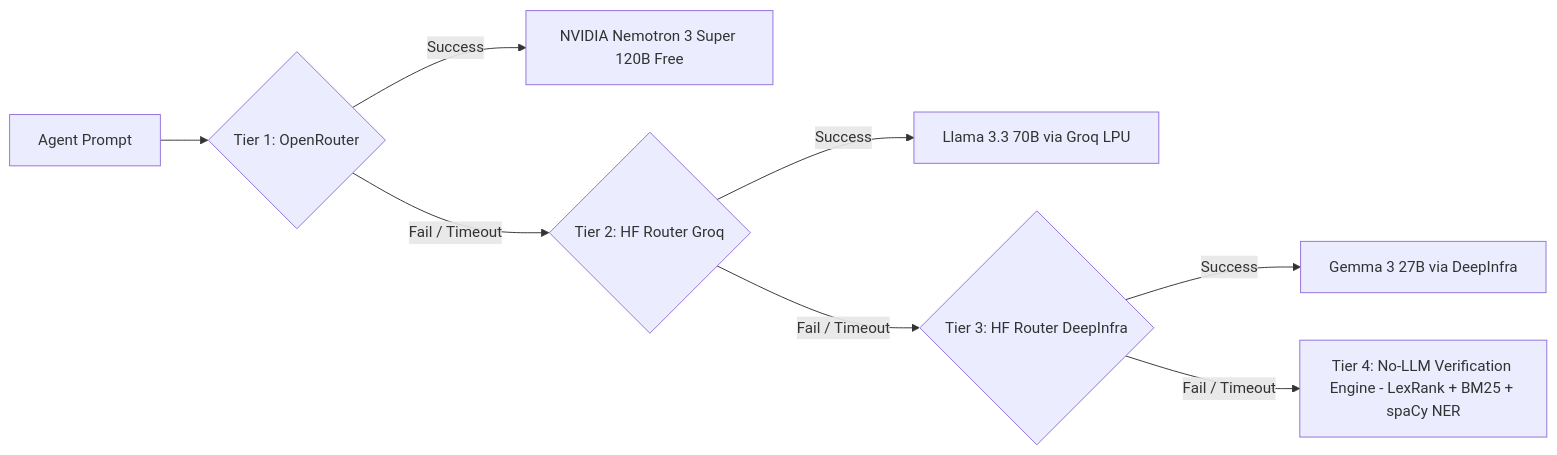
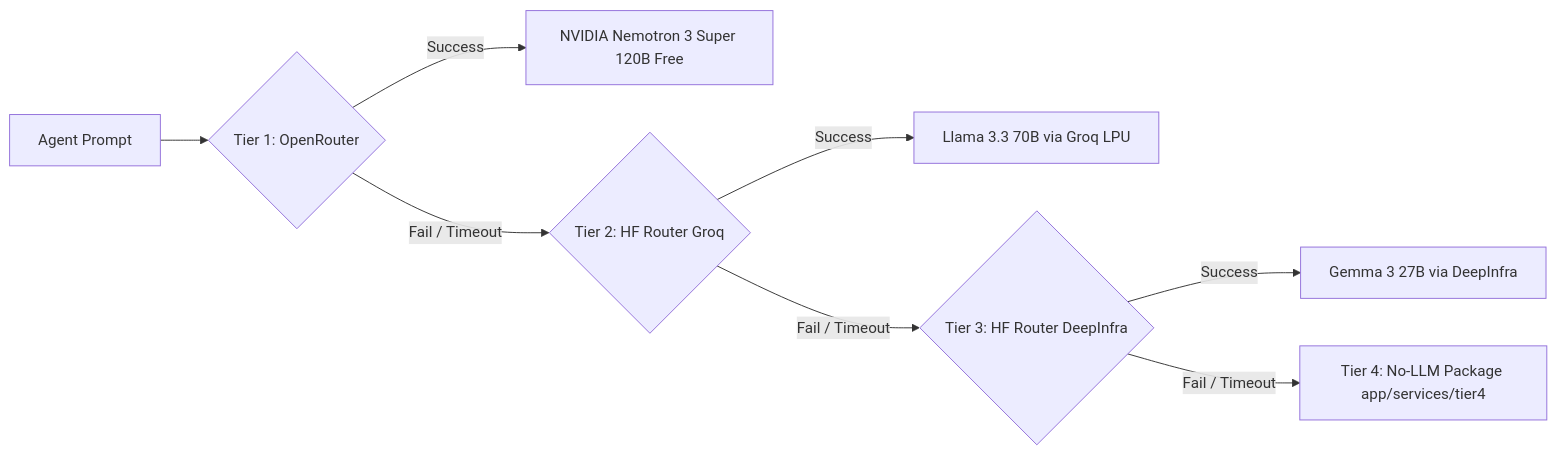
One commit to Nawaz-khan-droid/cawncade-ai changed the third of 3 diagrams in docs/ARCHITECTURE.md. Above: the diagram before and after it, drawn with Mermaid. The commit also changed other lines of this file and 9 other files, not shown here.

````diff
--- a/docs/ARCHITECTURE.md
+++ b/docs/ARCHITECTURE.md
@@ -359,10 +277,10 @@
 ```mermaid
 flowchart LR
     Request[Agent Prompt] --> Tier1{Tier 1: OpenRouter}
     Tier1 -->|Success| Nemotron[NVIDIA Nemotron 3 Super 120B Free]
     Tier1 -->|Fail / Timeout| Tier2{Tier 2: HF Router Groq}
     Tier2 -->|Success| GroqLlama[Llama 3.3 70B via Groq LPU]
     Tier2 -->|Fail / Timeout| Tier3{Tier 3: HF Router DeepInfra}
     Tier3 -->|Success| Gemma27B[Gemma 3 27B via DeepInfra]
-    Tier3 -->|Fail / Timeout| Tier4[Tier 4: No-LLM Verification Engine - LexRank + BM25 + spaCy NER]
+    Tier3 -->|Fail / Timeout| Tier4[Tier 4: No-LLM Package app/services/tier4]
 ```
````
